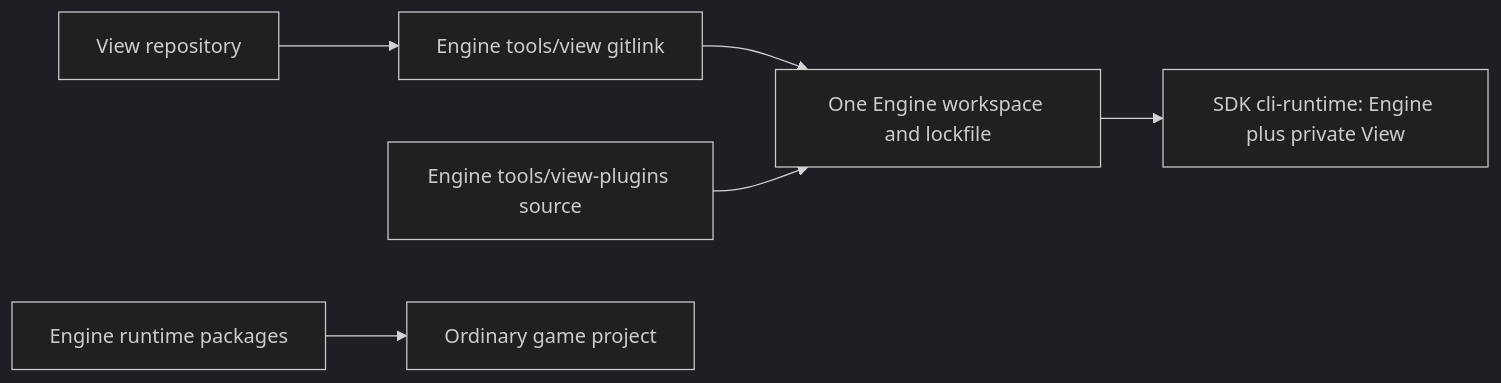
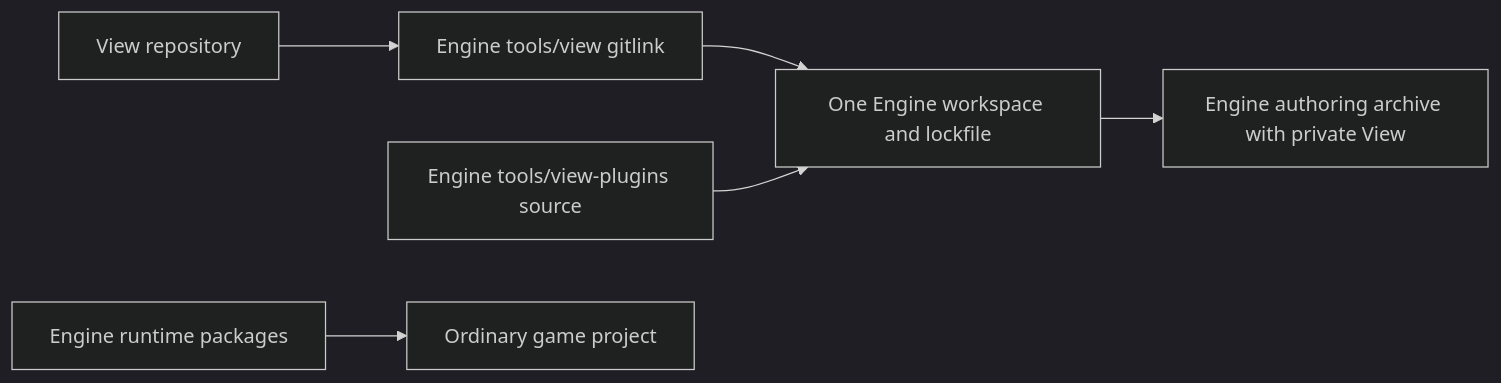
Before and after one commit to ForgeAX/forgeax-engine: the diagram in tools/view/README.md, drawn with Mermaid (dark theme). The commit also changed other lines of this file and 995 other files, not shown here.

````diff
--- a/tools/view/README.md
+++ b/tools/view/README.md
@@ -291,8 +288,8 @@
 ```mermaid
 flowchart LR
   Source["View repository"] --> Pin["Engine tools/view gitlink"]
   Pin --> Build["One Engine workspace and lockfile"]
   Plugins["Engine tools/view-plugins source"] --> Build
-  Build --> Tool["SDK cli-runtime: Engine plus private View"]
+  Build --> Tool["Engine authoring archive with private View"]
   Engine["Engine runtime packages"] --> Game["Ordinary game project"]
 ```
````
